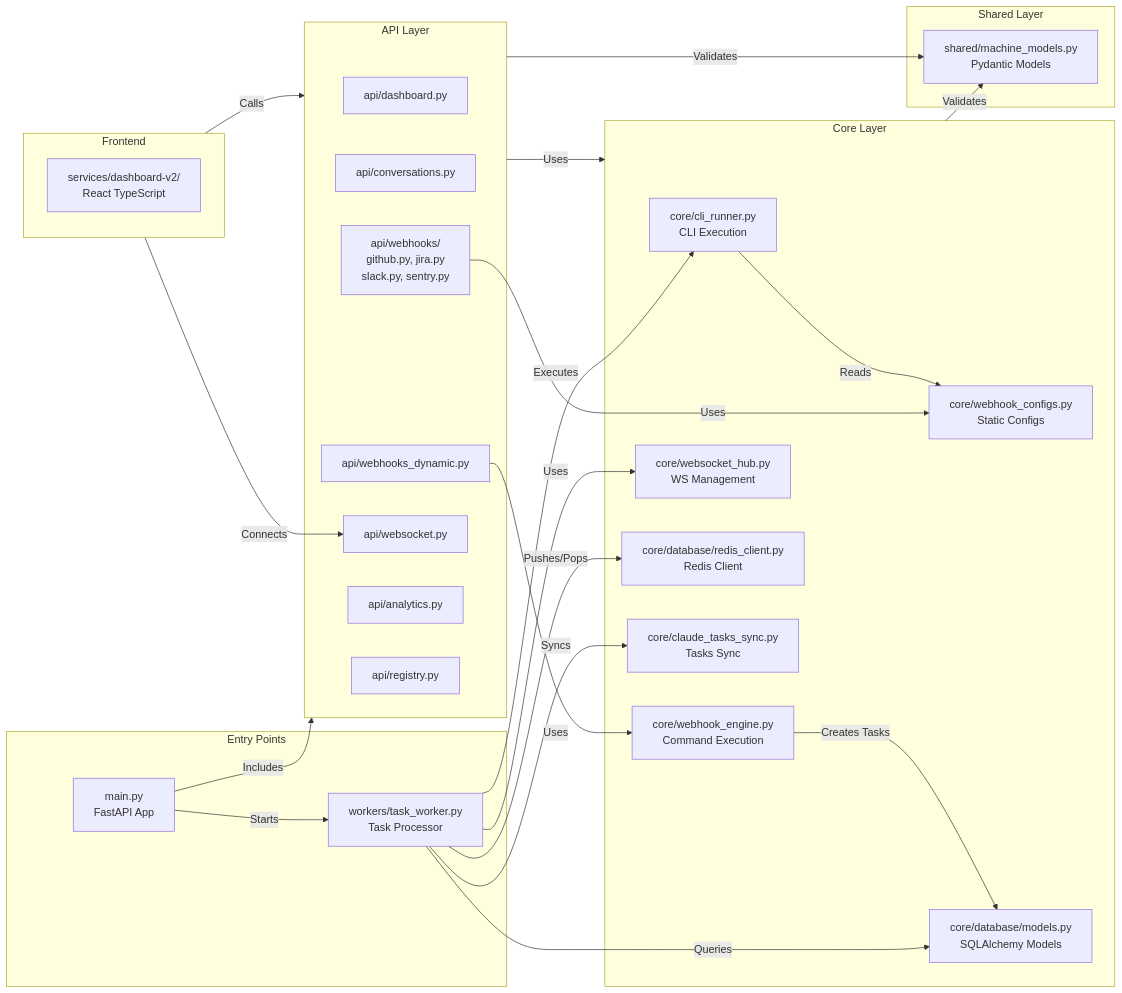
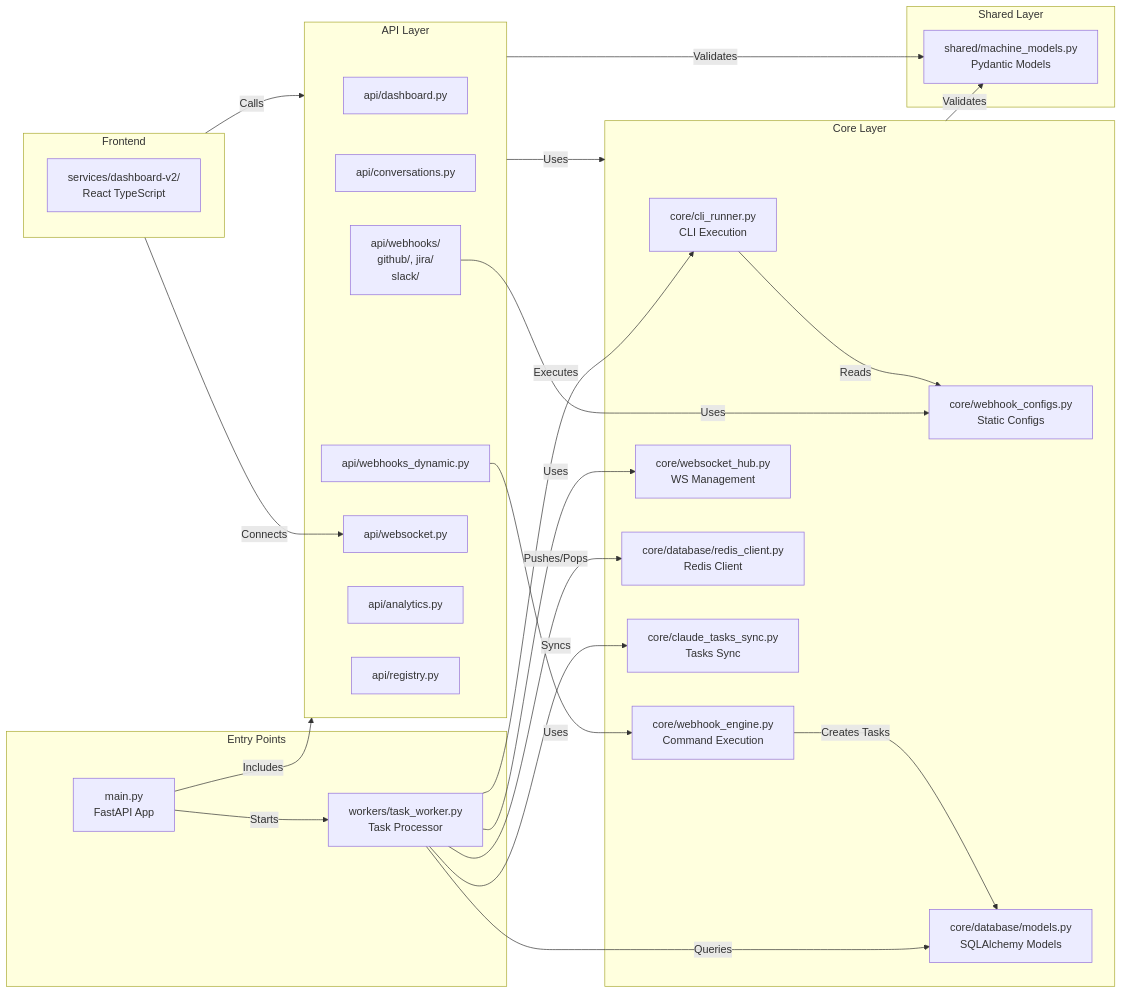
The second of 13 diagrams in claude-code-agent/docs/ARCHITECTURE_MERMAID.md (rom-orlovich/agents-system), drawn with Mermaid before and after one commit. The commit also changed other lines of this file and 7 other files, not shown here.

````diff
--- a/claude-code-agent/docs/ARCHITECTURE_MERMAID.md
+++ b/claude-code-agent/docs/ARCHITECTURE_MERMAID.md
@@ -88,58 +87,58 @@
 ```mermaid
 graph LR
     subgraph EntryPoints["Entry Points"]
         MainPy["main.py<br/>FastAPI App"]
         TaskWorkerPy["workers/task_worker.py<br/>Task Processor"]
     end
     
     subgraph APILayer["API Layer"]
         DashboardAPI["api/dashboard.py"]
         ConversationsAPI["api/conversations.py"]
-        WebhooksStatic["api/webhooks/<br/>github.py, jira.py<br/>slack.py, sentry.py"]
+        WebhooksStatic["api/webhooks/<br/>github/, jira/<br/>slack/"]
         WebhooksDynamic["api/webhooks_dynamic.py"]
         WebSocketAPI["api/websocket.py"]
         AnalyticsAPI["api/analytics.py"]
         RegistryAPI["api/registry.py"]
     end
     
     subgraph CoreLayer["Core Layer"]
         CLIRunner["core/cli_runner.py<br/>CLI Execution"]
         WebhookEngine["core/webhook_engine.py<br/>Command Execution"]
         WebhookConfigs["core/webhook_configs.py<br/>Static Configs"]
         WebSocketHub["core/websocket_hub.py<br/>WS Management"]
         DatabaseModels["core/database/models.py<br/>SQLAlchemy Models"]
         RedisClient["core/database/redis_client.py<br/>Redis Client"]
         ClaudeTasksSync["core/claude_tasks_sync.py<br/>Tasks Sync"]
     end
     
     subgraph SharedLayer["Shared Layer"]
         MachineModels["shared/machine_models.py<br/>Pydantic Models"]
     end
     
     subgraph Frontend["Frontend"]
         DashboardV2["services/dashboard-v2/<br/>React TypeScript"]
     end
     
     MainPy -->|Includes| APILayer
     MainPy -->|Starts| TaskWorkerPy
     
     APILayer -->|Uses| CoreLayer
     APILayer -->|Validates| MachineModels
     
     TaskWorkerPy -->|Executes| CLIRunner
     TaskWorkerPy -->|Uses| WebSocketHub
     TaskWorkerPy -->|Queries| DatabaseModels
     TaskWorkerPy -->|Pushes/Pops| RedisClient
     TaskWorkerPy -->|Syncs| ClaudeTasksSync
     
     WebhooksStatic -->|Uses| WebhookConfigs
     WebhooksDynamic -->|Uses| WebhookEngine
     WebhookEngine -->|Creates Tasks| DatabaseModels
     
     CLIRunner -->|Reads| WebhookConfigs
     
     CoreLayer -->|Validates| MachineModels
     
     Frontend -->|Calls| APILayer
     Frontend -->|Connects| WebSocketAPI
 ```
````
